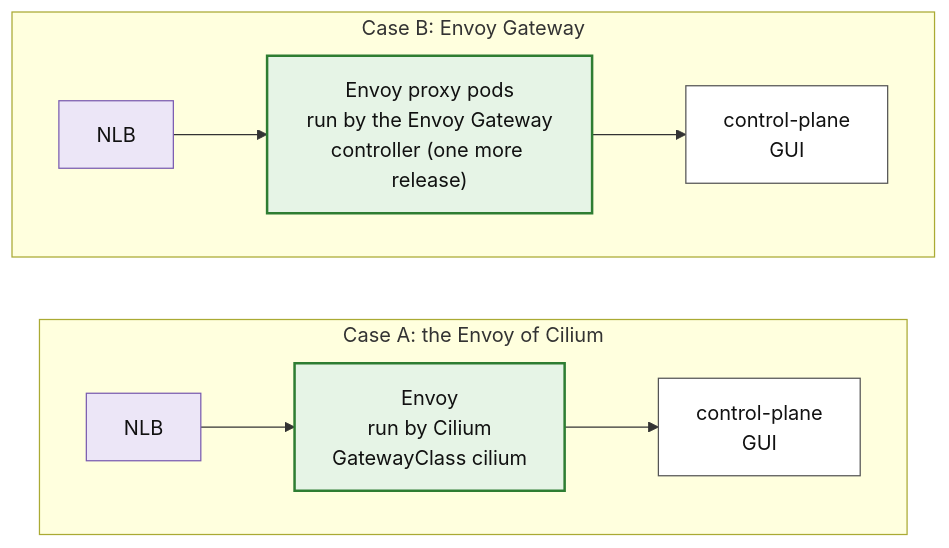
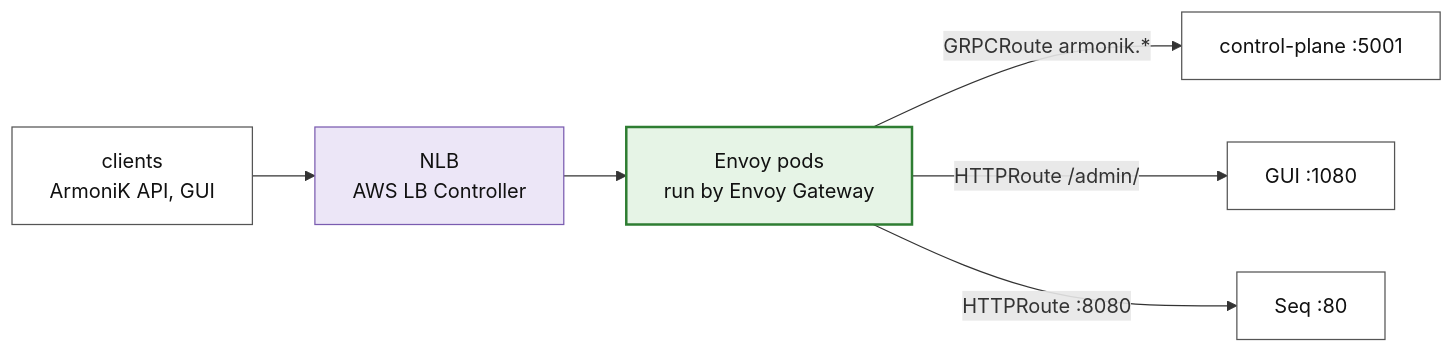
The second of 2 diagrams in infrastructure/quick-deploy/aws-charts/docs/diagrams/01-deployment.md (aneoconsulting/ArmoniK), drawn with Mermaid before and after one commit. The commit also changed other lines of this file and 47 other files, not shown here.

Commit message:
feat: stack with helm cli - SQS S3 RDS ENVOY CILIUM & custom infra

````diff
--- a/infrastructure/quick-deploy/aws-charts/docs/diagrams/01-deployment.md
+++ b/infrastructure/quick-deploy/aws-charts/docs/diagrams/01-deployment.md
@@ -74,15 +77,11 @@
 ```mermaid
 flowchart LR
     classDef n fill:#ece6f7,stroke:#7a5cb0,color:#111
     classDef e fill:#e6f4e6,stroke:#2e7d32,stroke-width:2px,color:#111
     classDef b fill:#fff,stroke:#555,color:#111
 
-    subgraph A["Case A: the Envoy of Cilium"]
-        direction LR
-        NA["NLB"]:::n --> EA["Envoy<br/>run by Cilium<br/>GatewayClass cilium"]:::e --> BA["control-plane<br/>GUI"]:::b
-    end
-    subgraph B["Case B: Envoy Gateway"]
-        direction LR
-        NB["NLB"]:::n --> EB["Envoy proxy pods<br/>run by the Envoy Gateway<br/>controller (one more release)"]:::e --> BB["control-plane<br/>GUI"]:::b
-    end
+    C["clients<br/>ArmoniK API, GUI"]:::b --> N["NLB<br/>AWS LB Controller"]:::n --> E["Envoy pods<br/>run by Envoy Gateway"]:::e
+    E -->|"GRPCRoute armonik.*"| CPB["control-plane :5001"]:::b
+    E -->|"HTTPRoute /admin/"| GUIB["GUI :1080"]:::b
+    E -->|"HTTPRoute :8080"| SEQB["Seq :80"]:::b
 ```
````
